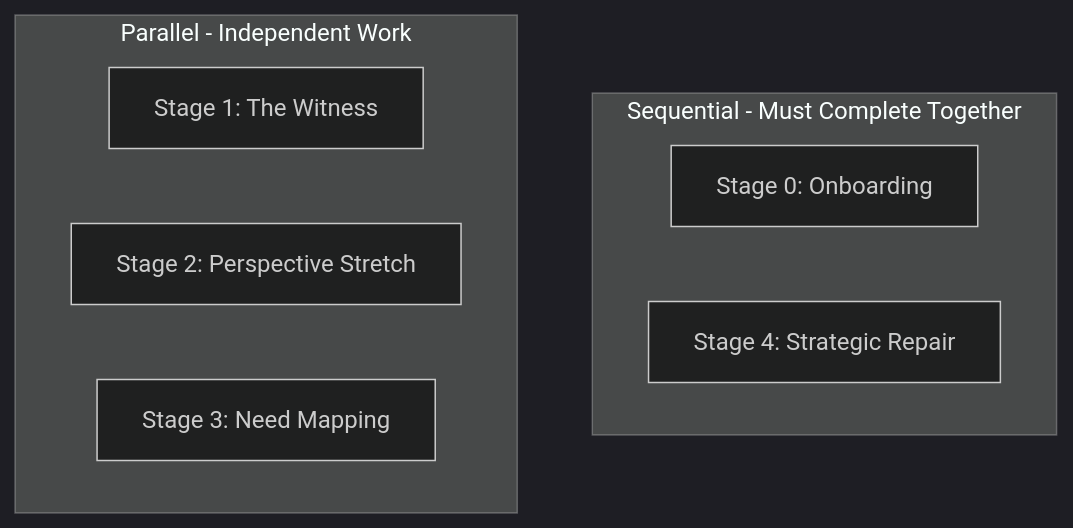
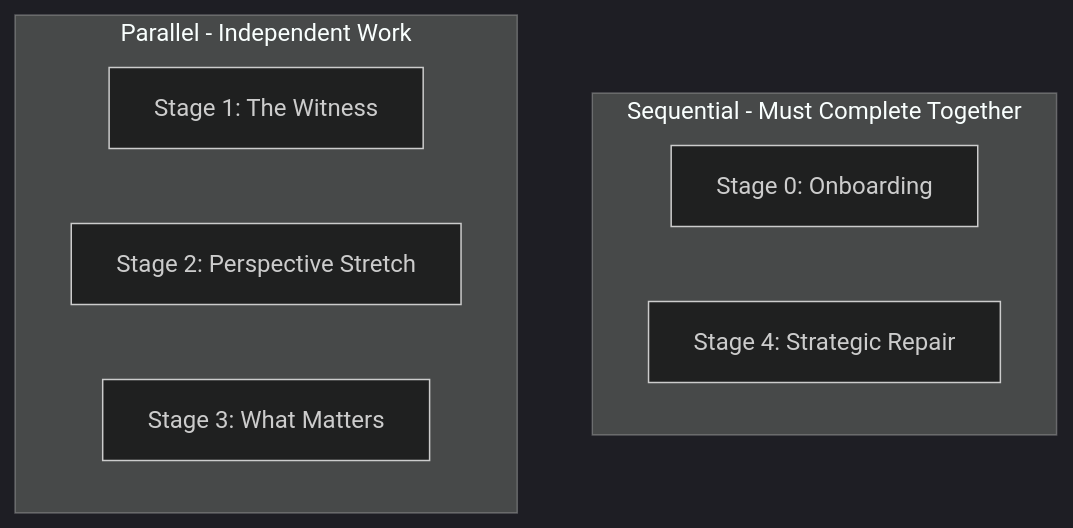
The second of 2 diagrams in docs/product/stages/index.md (shantamg/meet-without-fear), drawn with Mermaid (dark theme) before and after one commit. The commit also changed other lines of this file and 21 other files, not shown here.

First line of the commit message:
docs: align stage docs with Darryl's authoritative gold flow

````diff
--- a/docs/product/stages/index.md
+++ b/docs/product/stages/index.md
@@ -32,13 +32,13 @@
 ```mermaid
 flowchart TD
     subgraph Sequential[Sequential - Must Complete Together]
         S0[Stage 0: Onboarding]
         S4[Stage 4: Strategic Repair]
     end
 
     subgraph Parallel[Parallel - Independent Work]
         S1[Stage 1: The Witness]
         S2[Stage 2: Perspective Stretch]
-        S3[Stage 3: Need Mapping]
+        S3[Stage 3: What Matters]
     end
 ```
````
